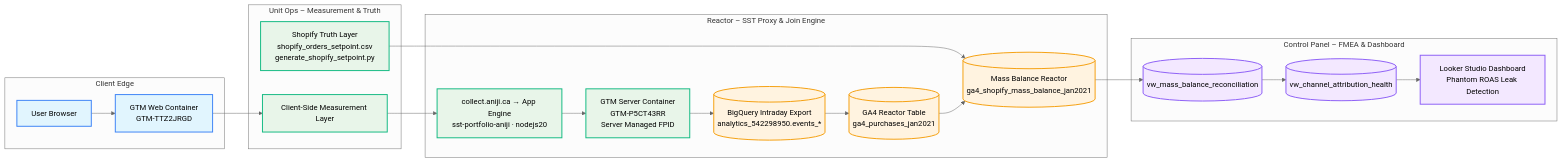
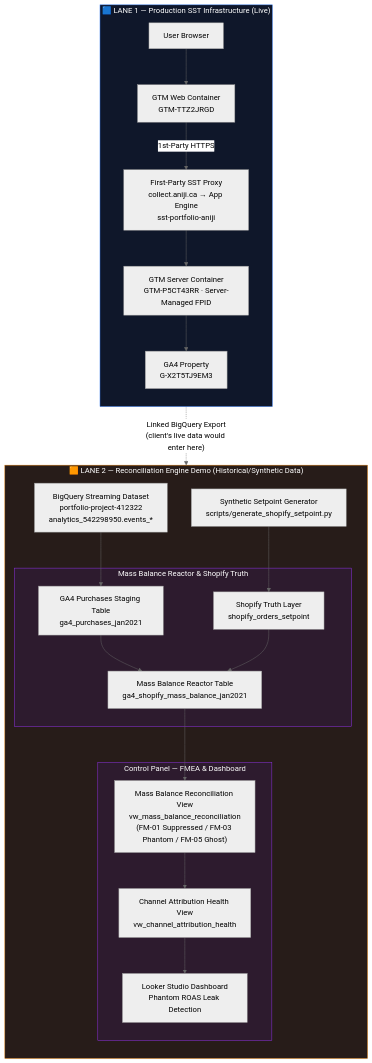
One commit to anijic/shopify-ga4-mass-balance-monitor changed the diagram in architecture/sst-mass-balance-engineering-view.md. Above: the diagram before and after it, drawn with Mermaid (neutral theme).

Commit message:
Update architecture diagram: Live first-party domain cutover and cross-project IAM boundaries
Refined SST proxy architecture to reflect the live collect.aniji.ca GTM cutover (resolving FM-01) and explicitly map cross-project IAM boundaries for the BigQuery warehouse. Split pipeline into a two-lane Production vs. Historical Demo view for client clarity.

````diff
--- a/architecture/sst-mass-balance-engineering-view.md
+++ b/architecture/sst-mass-balance-engineering-view.md
@@ -3,43 +3,38 @@
 ```mermaid
-graph LR
-  classDef client fill:#e1f5fe,stroke:#3b82f6,stroke-width:2px,color:#000
-  classDef proxy fill:#e8f5e9,stroke:#10b981,stroke-width:2px,color:#000
-  classDef data fill:#fff3e0,stroke:#f59e0b,stroke-width:2px,color:#000
-  classDef control fill:#f3e8ff,stroke:#8b5cf6,stroke-width:2px,color:#000
+flowchart TD
 
-  subgraph Client["Client Edge"]
-    A[User Browser]:::client
-    B[GTM Web Container<br/>GTM-TTZ2JRGD]:::client
-    A --> B
-  end
+    subgraph LANE1["🟦 LANE 1 — Production SST Infrastructure (Live)"]
+        direction TB
+        A1["User Browser"] --> A2["GTM Web Container<br/>GTM-TTZ2JRGD"]
+        A2 -->|"1st-Party HTTPS"| A3["First-Party SST Proxy<br/>collect.aniji.ca → App Engine<br/>sst-portfolio-aniji"]
+        A3 --> A4["GTM Server Container<br/>GTM-P5CT43RR · Server-Managed FPID"]
+        A4 --> A5["GA4 Property<br/>G-X2T5TJ9EM3"]
+    end
 
-  subgraph UnitOps["Unit Ops – Measurement & Truth"]
-    C[Client-Side Measurement Layer]:::proxy
-    D[Shopify Truth Layer<br/>shopify_orders_setpoint.csv<br/>generate_shopify_setpoint.py]:::proxy
-  end
+    A5 -.->|"Linked BigQuery Export<br/>(client's live data would enter here)"| B1
 
-  subgraph Reactor["Reactor – SST Proxy & Join Engine"]
-    E[collect.aniji.ca → App Engine<br/>sst-portfolio-aniji · nodejs20]:::proxy
-    F[GTM Server Container<br/>GTM-P5CT43RR<br/>Server Managed FPID]:::proxy
-    G[(BigQuery Intraday Export<br/>analytics_542298950.events_*)]:::data
-    H[(GA4 Reactor Table<br/>ga4_purchases_jan2021)]:::data
-    I[(Mass Balance Reactor<br/>ga4_shopify_mass_balance_jan2021)]:::data
-  end
+    subgraph LANE2["🟧 LANE 2 — Reconciliation Engine Demo (Historical/Synthetic Data)"]
+        direction TB
+        B1["BigQuery Streaming Dataset<br/>portfolio-project-412322<br/>analytics_542298950.events_*"]
+        B1 --> B2["GA4 Purchases Staging Table<br/>ga4_purchases_jan2021"]
 
-  subgraph ControlPanel["Control Panel – FMEA & Dashboard"]
-    J[(vw_mass_balance_reconciliation)]:::control
-    K[(vw_channel_attribution_health)]:::control
-    L[Looker Studio Dashboard<br/>Phantom ROAS Leak Detection]:::control
-  end
+        B3["Synthetic Setpoint Generator<br/>scripts/generate_shopify_setpoint.py"] --> B4
 
-  B --> C
-  C --> E
-  E --> F
-  F --> G
-  D --> I
-  G --> H
-  H --> I
-  I --> J
-  J --> K
-  K --> L
+        subgraph REACTOR["Mass Balance Reactor & Shopify Truth"]
+            B4["Shopify Truth Layer<br/>shopify_orders_setpoint"]
+            B2 --> B5["Mass Balance Reactor Table<br/>ga4_shopify_mass_balance_jan2021"]
+            B4 --> B5
+        end
+
+        subgraph CONTROL["Control Panel — FMEA & Dashboard"]
+            B5 --> C1["Mass Balance Reconciliation View<br/>vw_mass_balance_reconciliation<br/>(FM-01 Suppressed / FM-03 Phantom / FM-05 Ghost)"]
+            C1 --> C2["Channel Attribution Health View<br/>vw_channel_attribution_health"]
+            C2 --> C3["Looker Studio Dashboard<br/>Phantom ROAS Leak Detection"]
+        end
+    end
+
+    style LANE1 fill:#0f172a,stroke:#3b82f6,color:#fff
+    style LANE2 fill:#271c19,stroke:#d97706,color:#fff
+    style REACTOR fill:#2d1b2e,stroke:#9333ea,color:#fff
+    style CONTROL fill:#2d1b2e,stroke:#9333ea,color:#fff
 ```
````
